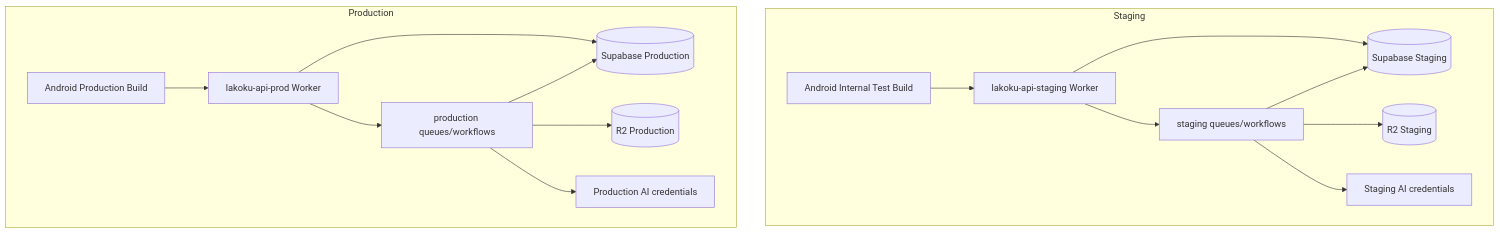
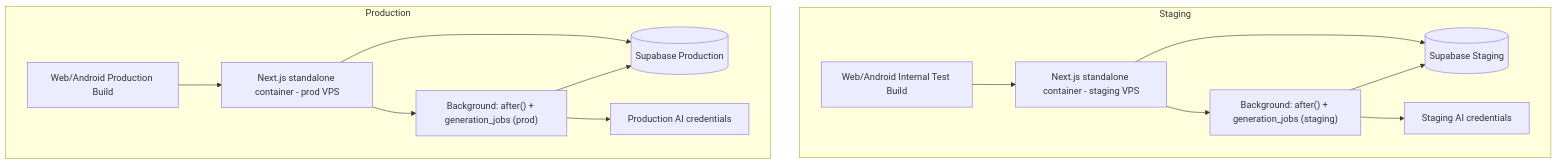
The second of 4 diagrams in docs/ARCHITECTURE_v1.1.md (moxsenna/Lakoku), drawn with Mermaid before and after one commit. The commit also changed other lines of this file and 22 other files, not shown here.

````diff
--- a/docs/ARCHITECTURE_v1.1.md
+++ b/docs/ARCHITECTURE_v1.1.md
@@ -125,32 +134,28 @@
 ```mermaid
 flowchart TB
     subgraph Staging
-        SA[Android Internal Test Build]
-        SW[lakoku-api-staging Worker]
-        SQ[staging queues/workflows]
+        SA[Web/Android Internal Test Build]
+        SW[Next.js standalone container - staging VPS]
+        SQ["Background: after() + generation_jobs (staging)"]
         SS[(Supabase Staging)]
-        SR2[(R2 Staging)]
         SK[Staging AI credentials]
         SA --> SW
         SW --> SS
         SW --> SQ
         SQ --> SS
-        SQ --> SR2
         SQ --> SK
     end
 
     subgraph Production
-        PA[Android Production Build]
-        PW[lakoku-api-prod Worker]
-        PQ[production queues/workflows]
+        PA[Web/Android Production Build]
+        PW[Next.js standalone container - prod VPS]
+        PQ["Background: after() + generation_jobs (prod)"]
         PS[(Supabase Production)]
-        PR2[(R2 Production)]
         PK[Production AI credentials]
         PA --> PW
         PW --> PS
         PW --> PQ
         PQ --> PS
-        PQ --> PR2
         PQ --> PK
     end
 ```
````
